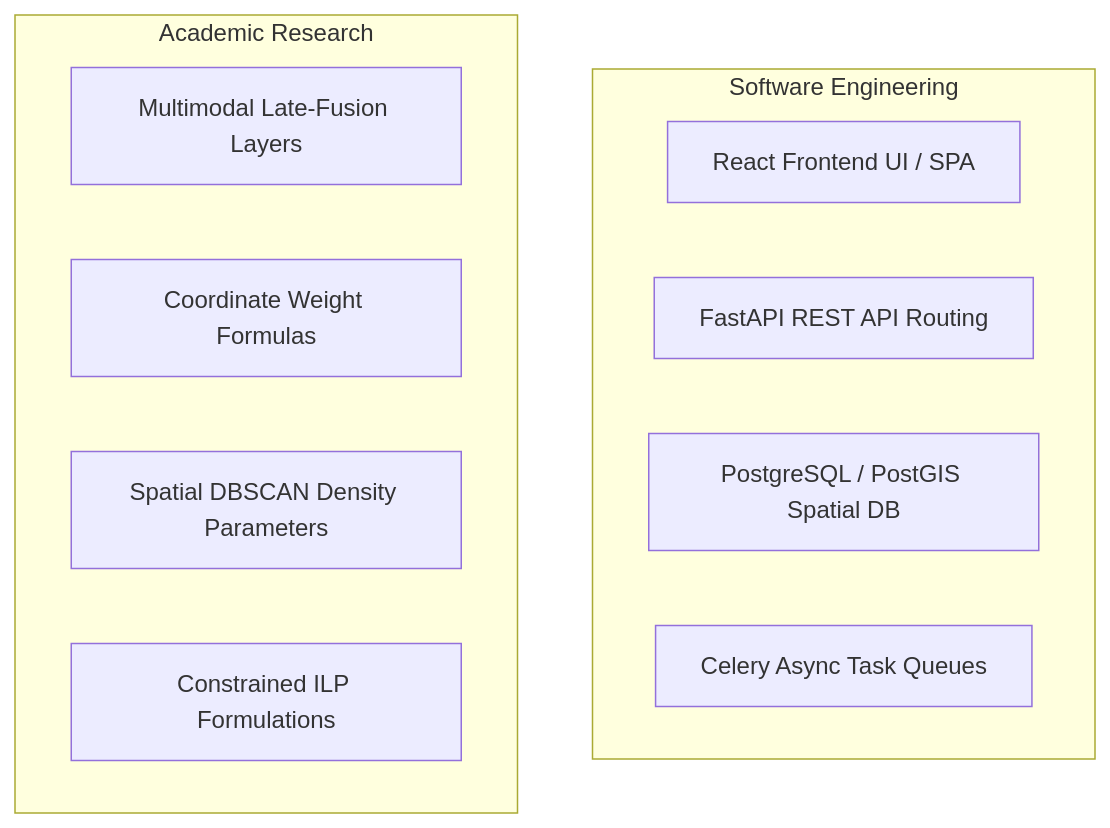
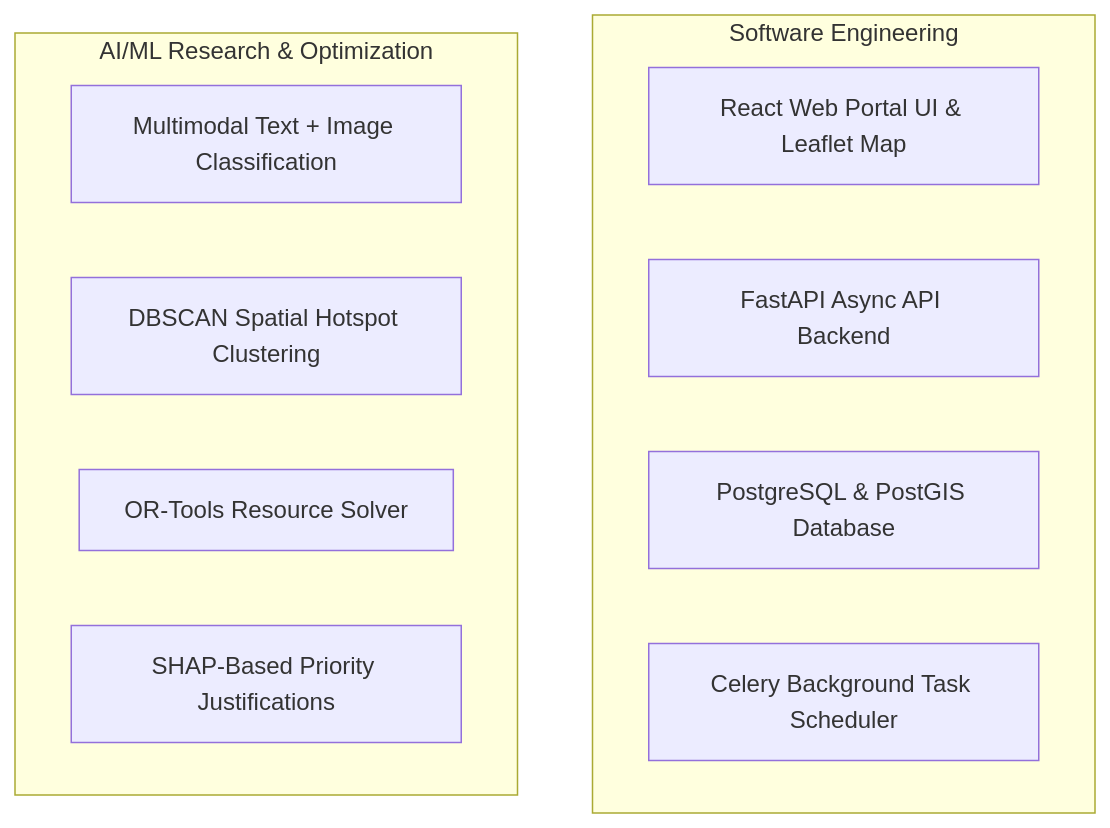
One commit to Sanjay-Mathivanan/DecisionOS changed the diagram in docs/01-overview/04-project-objectives.md. Above: the diagram before and after it, drawn with Mermaid. The commit also changed other lines of this file and 3 other files, not shown here.

````diff
--- a/docs/01-overview/04-project-objectives.md
+++ b/docs/01-overview/04-project-objectives.md
@@ -65,15 +29,15 @@
 ```mermaid
 graph TD
     subgraph Software Engineering
-        SE1["React Frontend UI / SPA"]
-        SE2["FastAPI REST API Routing"]
-        SE3["PostgreSQL / PostGIS Spatial DB"]
-        SE4["Celery Async Task Queues"]
+        SE1[React Web Portal UI & Leaflet Map]
+        SE2[FastAPI Async API Backend]
+        SE3[PostgreSQL & PostGIS Database]
+        SE4[Celery Background Task Scheduler]
     end
-    subgraph Academic Research
-        AR1["Multimodal Late-Fusion Layers"]
-        AR2["Coordinate Weight Formulas"]
-        AR3["Spatial DBSCAN Density Parameters"]
-        AR4["Constrained ILP Formulations"]
+    subgraph AI/ML Research & Optimization
+        AR1[Multimodal Text + Image Classification]
+        AR2[DBSCAN Spatial Hotspot Clustering]
+        AR3[OR-Tools Resource Solver]
+        AR4[SHAP-Based Priority Justifications]
     end
 ```
````
